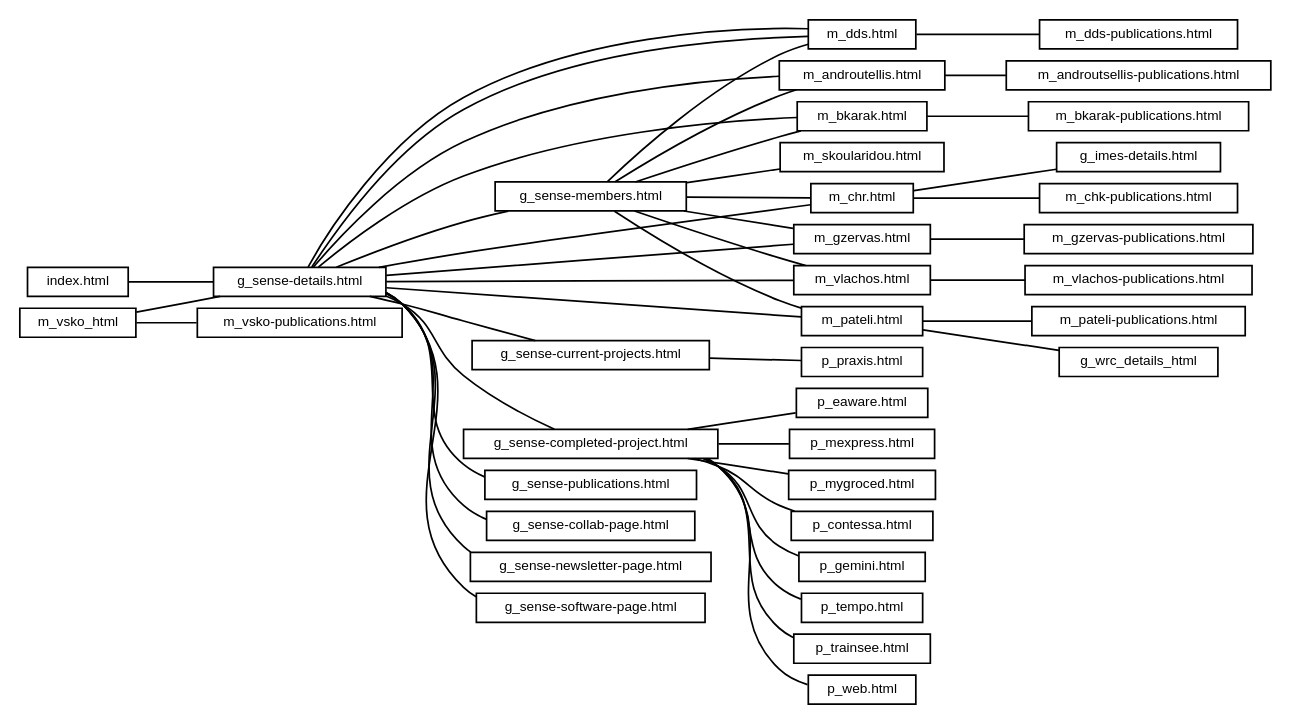
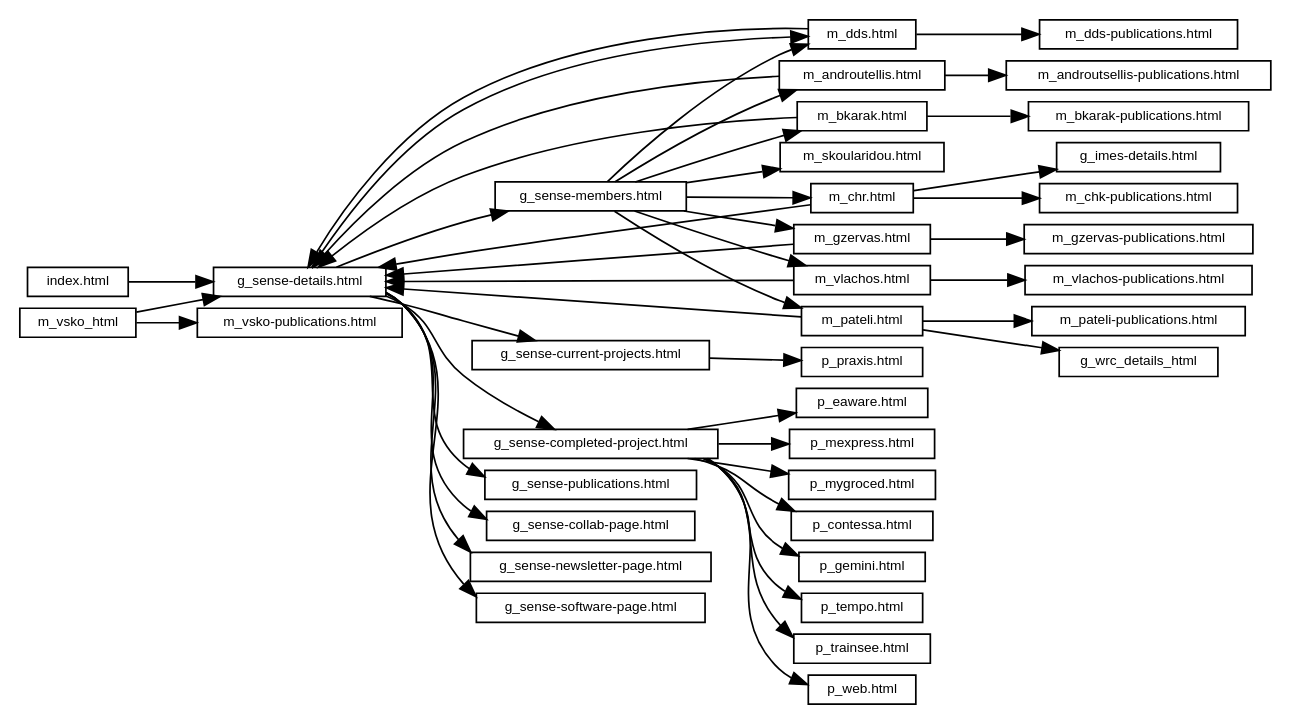
The diagram in doc/paper/dep-graph.dot (istlab/web), drawn with Graphviz before and after one commit. The commit also changed 1 other file, not shown here.

Commit message:
Dependecy graph PS version

```diff
--- a/doc/paper/dep-graph.dot
+++ b/doc/paper/dep-graph.dot
@@ -1,90 +1,90 @@
 #!/usr/bin/dot
 
 digraph G{
 	nodesep=.1;
 	rankdir=LR;
 	node [height=.15,shape=box,fontname="Helvetica",fontsize=8];
-	edge [arrowhead=none,arrowtail=normal];
+	edge [arrowhead=normal,arrowtail=none];
 
 	g_sense_details_html [label="g_sense-details.html"];
 	g_sense_members_html [label="g_sense-members.html"];
 	g_sense_current_projects_html [label="g_sense-current-projects.html"];
 	g_sense_completed_projects_html [label="g_sense-completed-project.html"];
 	g_sense_publications_html [label="g_sense-publications.html"];
 	g_sense_collab_html [label="g_sense-collab-page.html"];
 	g_sense_newsletter_html [label="g_sense-newsletter-page.html"];
 	g_sense_software_html [label="g_sense-software-page.html"];
 	m_dds_html [label="m_dds.html"];
 	m_androutsellis_html [label="m_androutellis.html"];
 	m_bkarak_html [label="m_bkarak.html"];
 	m_chk_html [label="m_chr.html"];
 	m_gzervas_html [label="m_gzervas.html"];
 	m_vlachos_html [label="m_vlachos.html"];
 	m_pateli_html [label="m_pateli.html"];
 	m_skoularidou_html [label="m_skoularidou.html"];
 	p_praxis_html [label="p_praxis.html"];
 	p_contessa_html [label="p_contessa.html"];
 	p_gemini_html [label="p_gemini.html"];
 	p_tempo_html [label="p_tempo.html"];
 	p_trainsee_html [label="p_trainsee.html"];
 	p_web_html [label="p_web.html"];
 	p_eaware_html [label="p_eaware.html"];
 	p_mexpress_html [label="p_mexpress.html"];
 	p_mygrocer_html [label="p_mygroced.html"];
 	index_html [label="index.html"];
 	m_dds_publications_html [label="m_dds-publications.html"];
 	m_androutsellis_publications_html [label="m_androutsellis-publications.html"];
 	m_bkarak_publications_html [label="m_bkarak-publications.html"];
 	m_chk_publications_html [label="m_chk-publications.html"];
 	g_imes_details_html [label="g_imes-details.html"];
 	m_gzervas_publications_html [label="m_gzervas-publications.html"];
 	m_vlachos_publications_html [label="m_vlachos-publications.html"];
 	g_wrc_details_html [label="g_wrc_details_html"];
 	m_pateli_publications_html [label="m_pateli-publications.html"];
 	m_vsko_publications_html [label="m_vsko-publications.html"];
 
 	index_html->g_sense_details_html
 	g_sense_details_html->g_sense_members_html
 	g_sense_details_html->g_sense_current_projects_html
 	g_sense_details_html->g_sense_completed_projects_html
 	g_sense_details_html->g_sense_publications_html
 	g_sense_details_html->g_sense_collab_html
 	g_sense_details_html->g_sense_newsletter_html
 	g_sense_details_html->g_sense_software_html
 	g_sense_details_html->m_dds_html
 	g_sense_members_html->m_dds_html
 	g_sense_members_html->m_androutsellis_html
 	g_sense_members_html->m_bkarak_html
 	g_sense_members_html->m_chk_html
 	g_sense_members_html->m_gzervas_html
 	g_sense_members_html->m_vlachos_html
 	g_sense_members_html->m_pateli_html
 	g_sense_members_html->m_skoularidou_html
 	g_sense_current_projects_html->p_praxis_html
 	g_sense_completed_projects_html->p_contessa_html
 	g_sense_completed_projects_html->p_gemini_html
 	g_sense_completed_projects_html->p_tempo_html
 	g_sense_completed_projects_html->p_trainsee_html
 	g_sense_completed_projects_html->p_web_html
 	g_sense_completed_projects_html->p_eaware_html
 	g_sense_completed_projects_html->p_mexpress_html
 	g_sense_completed_projects_html->p_mygrocer_html
 	m_dds_html->g_sense_details_html
 	m_dds_html->m_dds_publications_html
 	m_androutsellis_html->g_sense_details_html
 	m_androutsellis_html->m_androutsellis_publications_html
 	m_bkarak_html->g_sense_details_html
 	m_bkarak_html->m_bkarak_publications_html
 	m_chk_html->g_sense_details_html
 	m_chk_html->g_imes_details_html
 	m_chk_html->m_chk_publications_html
 	m_gzervas_html->g_sense_details_html
 	m_gzervas_html->m_gzervas_publications_html
 	m_vlachos_html->m_vlachos_publications_html
 	m_vlachos_html->g_sense_details_html
 	m_pateli_html->g_sense_details_html
 	m_pateli_html->g_wrc_details_html
 	m_pateli_html->m_pateli_publications_html
 	m_vsko_html->g_sense_details_html
 	m_vsko_html->m_vsko_publications_html
 }
```
